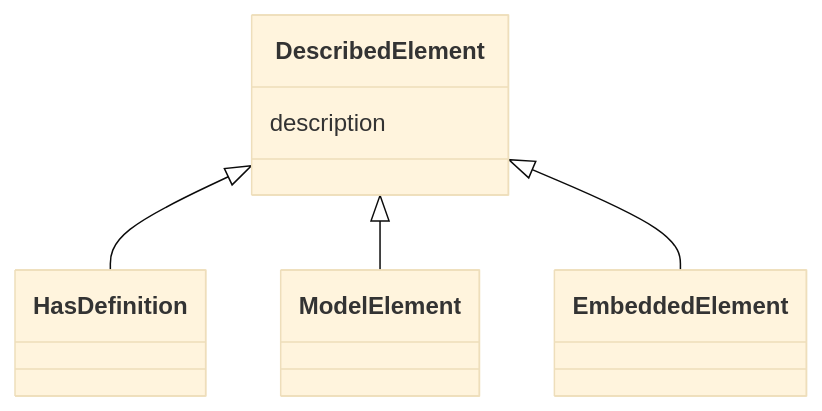
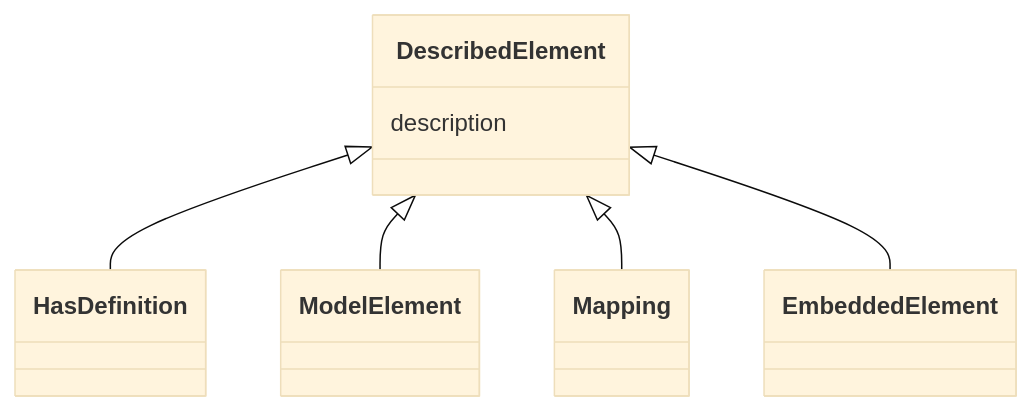
The diagram in generated/artifacts/moex-dams/0.1/diagrams/DescribedElement.md (oista/moex-data-model), drawn with Mermaid (base theme) before and after one commit. The commit also changed 32 other files, not shown here.

Commit message:
feat(dams): Mapping is IdentifiedElement; schema 3.0.0 (ADR-044 PR-6)

````diff
--- a/generated/artifacts/moex-dams/0.1/diagrams/DescribedElement.md
+++ b/generated/artifacts/moex-dams/0.1/diagrams/DescribedElement.md
@@ -4,15 +4,17 @@
 ```mermaid
  classDiagram
     class DescribedElement
     click DescribedElement href "../DescribedElement"
       DescribedElement <|-- HasDefinition
         click HasDefinition href "../HasDefinition"
       DescribedElement <|-- ModelElement
         click ModelElement href "../ModelElement"
+      DescribedElement <|-- Mapping
+        click Mapping href "../Mapping"
       DescribedElement <|-- EmbeddedElement
         click EmbeddedElement href "../EmbeddedElement"
       
       DescribedElement : description
         
       
 ```
````
